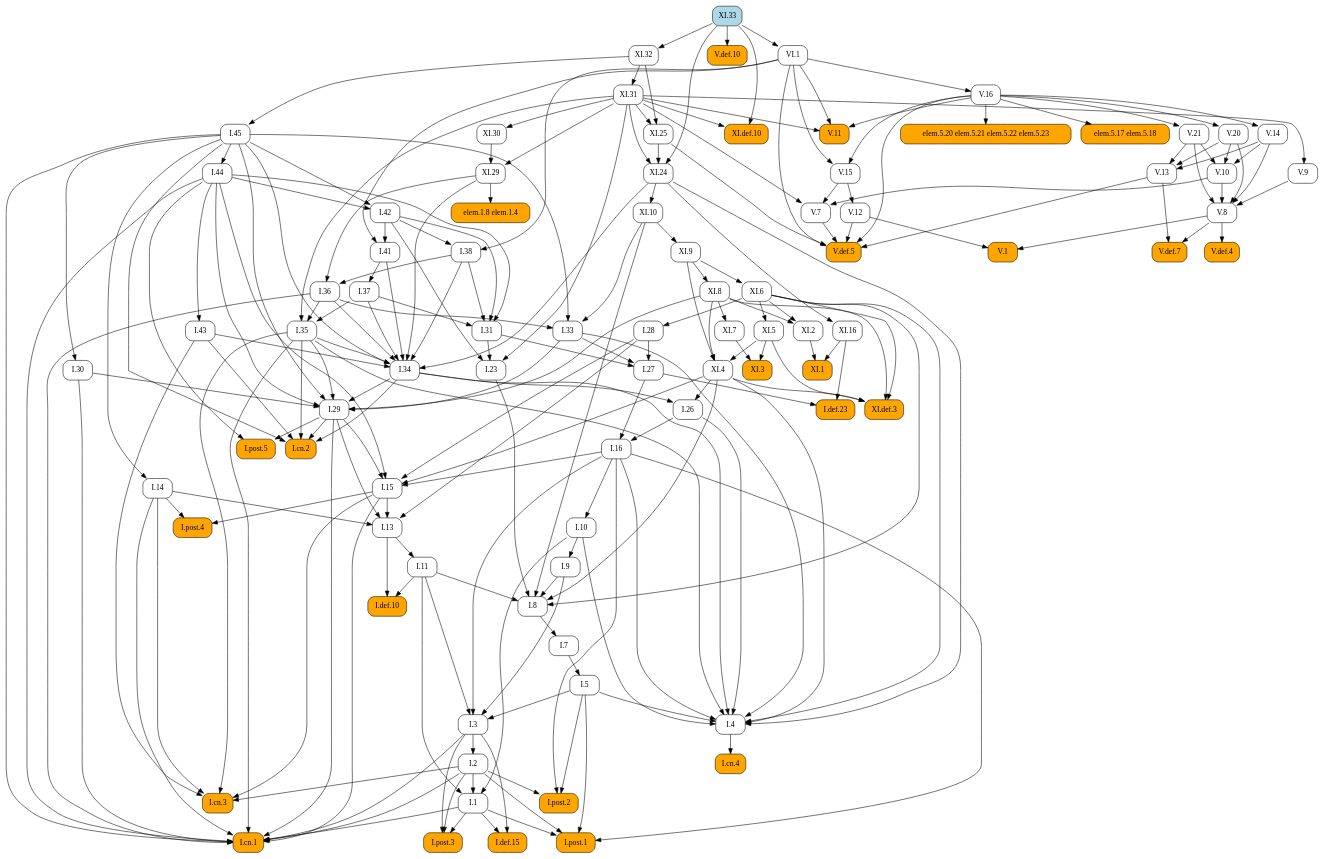
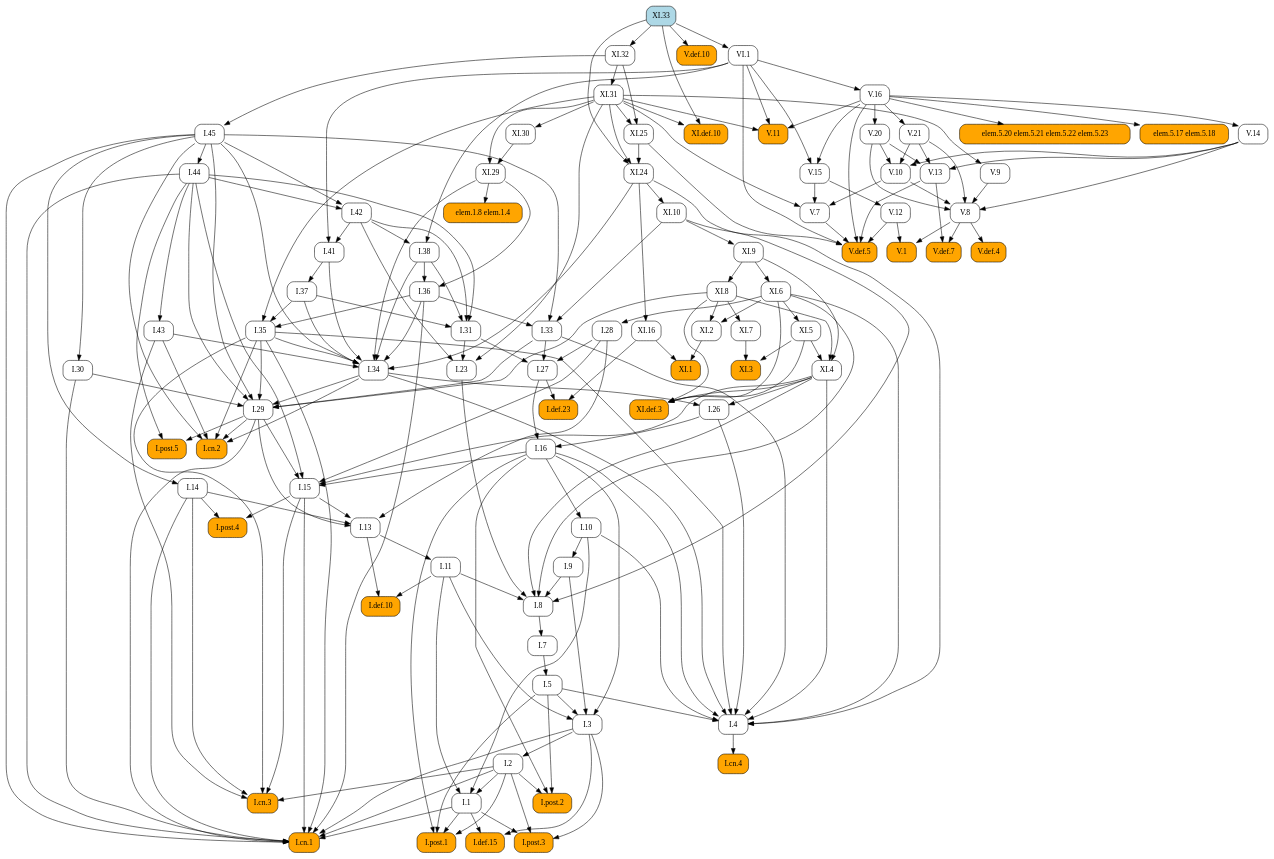
One commit to geometor/elements changed the diagram in docsrc/heath/XI/33/index.rst. Above: the diagram before and after it, drawn with Graphviz. The commit also changed other lines of this file and 1029 other files, not shown here.

```diff
--- a/docsrc/heath/XI/33/index.rst
+++ b/docsrc/heath/XI/33/index.rst
@@ -59,108 +59,142 @@
    digraph {
      rankdir="TB";
      node [shape=box, style=rounded];
+     "I.def.10" [style="rounded,filled", fillcolor=orange, URL="/heath/I/def.10/", target="_top"];
+     "I.11" [URL="/heath/I/11/", target="_top"];
+     "I.post.4" [style="rounded,filled", fillcolor=orange, URL="/heath/I/post.4/", target="_top"];
+     "I.28" [URL="/heath/I/28/", target="_top"];
+     "I.1" [URL="/heath/I/1/", target="_top"];
+     "XI.7" [URL="/heath/XI/7/", target="_top"];
+     "V.def.5" [style="rounded,filled", fillcolor=orange, URL="/heath/V/def.5/", target="_top"];
+     "XI.9" [URL="/heath/XI/9/", target="_top"];
+     "XI.8" [URL="/heath/XI/8/", target="_top"];
+     "V.11" [style="rounded,filled", fillcolor=orange, URL="/heath/V/11/", target="_top"];
+     "V.13" [URL="/heath/V/13/", target="_top"];
+     "I.post.3" [style="rounded,filled", fillcolor=orange, URL="/heath/I/post.3/", target="_top"];
+     "VI.1" [URL="/heath/VI/1/", target="_top"];
+     "XI.1" [style="rounded,filled", fillcolor=orange, URL="/heath/XI/1/", target="_top"];
+     "I.cn.3" [style="rounded,filled", fillcolor=orange, URL="/heath/I/cn.3/", target="_top"];
+     "XI.25" [URL="/heath/XI/25/", target="_top"];
+     "I.14" [URL="/heath/I/14/", target="_top"];
+     "V.16" [URL="/heath/V/16/", target="_top"];
+     "XI.2" [URL="/heath/XI/2/", target="_top"];
+     "XI.16" [URL="/heath/XI/16/", target="_top"];
+     "XI.31" [URL="/heath/XI/31/", target="_top"];
+     "I.36" [URL="/heath/I/36/", target="_top"];
+     "I.41" [URL="/heath/I/41/", target="_top"];
+     "I.27" [URL="/heath/I/27/", target="_top"];
+     "I.37" [URL="/heath/I/37/", target="_top"];
+     "I.34" [URL="/heath/I/34/", target="_top"];
+     "V.8" [URL="/heath/V/8/", target="_top"];
+     "I.2" [URL="/heath/I/2/", target="_top"];
+     "I.def.23" [style="rounded,filled", fillcolor=orange, URL="/heath/I/def.23/", target="_top"];
+     "elem.1.8 elem.1.4" [style="rounded,filled", fillcolor=orange];
+     "XI.32" [URL="/heath/XI/32/", target="_top"];
+     "I.33" [URL="/heath/I/33/", target="_top"];
+     "I.post.2" [style="rounded,filled", fillcolor=orange, URL="/heath/I/post.2/", target="_top"];
+     "I.45" [URL="/heath/I/45/", target="_top"];
+     "I.42" [URL="/heath/I/42/", target="_top"];
+     "elem.5.20 elem.5.21 elem.5.22 elem.5.23" [style="rounded,filled", fillcolor=orange];
+     "I.9" [URL="/heath/I/9/", target="_top"];
+     "V.def.4" [style="rounded,filled", fillcolor=orange, URL="/heath/V/def.4/", target="_top"];
+     "I.cn.4" [style="rounded,filled", fillcolor=orange, URL="/heath/I/cn.4/", target="_top"];
+     "XI.33" [style="rounded,filled", fillcolor=lightblue, URL="/heath/XI/33/", target="_top"];
+     "I.15" [URL="/heath/I/15/", target="_top"];
+     "I.38" [URL="/heath/I/38/", target="_top"];
+     "V.def.7" [style="rounded,filled", fillcolor=orange, URL="/heath/V/def.7/", target="_top"];
+     "I.5" [URL="/heath/I/5/", target="_top"];
+     "V.21" [URL="/heath/V/21/", target="_top"];
+     "XI.def.3" [style="rounded,filled", fillcolor=orange, URL="/heath/XI/def.3/", target="_top"];
+     "I.26" [URL="/heath/I/26/", target="_top"];
+     "V.def.10" [style="rounded,filled", fillcolor=orange, URL="/heath/V/def.10/", target="_top"];
+     "V.14" [URL="/heath/V/14/", target="_top"];
+     "I.29" [URL="/heath/I/29/", target="_top"];
+     "V.12" [URL="/heath/V/12/", target="_top"];
+     "I.cn.2" [style="rounded,filled", fillcolor=orange, URL="/heath/I/cn.2/", target="_top"];
+     "V.20" [URL="/heath/V/20/", target="_top"];
+     "V.10" [URL="/heath/V/10/", target="_top"];
+     "XI.30" [URL="/heath/XI/30/", target="_top"];
+     "I.def.15" [style="rounded,filled", fillcolor=orange, URL="/heath/I/def.15/", target="_top"];
+     "V.15" [URL="/heath/V/15/", target="_top"];
+     "XI.5" [URL="/heath/XI/5/", target="_top"];
+     "I.cn.1" [style="rounded,filled", fillcolor=orange, URL="/heath/I/cn.1/", target="_top"];
+     "I.30" [URL="/heath/I/30/", target="_top"];
+     "V.7" [URL="/heath/V/7/", target="_top"];
+     "XI.29" [URL="/heath/XI/29/", target="_top"];
+     "V.9" [URL="/heath/V/9/", target="_top"];
+     "I.23" [URL="/heath/I/23/", target="_top"];
+     "I.43" [URL="/heath/I/43/", target="_top"];
+     "I.post.1" [style="rounded,filled", fillcolor=orange, URL="/heath/I/post.1/", target="_top"];
+     "XI.6" [URL="/heath/XI/6/", target="_top"];
+     "I.35" [URL="/heath/I/35/", target="_top"];
+     "I.7" [URL="/heath/I/7/", target="_top"];
+     "I.3" [URL="/heath/I/3/", target="_top"];
+     "I.4" [URL="/heath/I/4/", target="_top"];
+     "I.13" [URL="/heath/I/13/", target="_top"];
+     "XI.def.10" [style="rounded,filled", fillcolor=orange, URL="/heath/XI/def.10/", target="_top"];
+     "I.31" [URL="/heath/I/31/", target="_top"];
      "V.1" [style="rounded,filled", fillcolor=orange, URL="/heath/V/1/", target="_top"];
-     "XI.32" [URL="/heath/XI/32/", target="_top"];
-     "I.29" [URL="/heath/I/29/", target="_top"];
-     "I.7" [URL="/heath/I/7/", target="_top"];
-     "I.27" [URL="/heath/I/27/", target="_top"];
-     "I.def.23" [style="rounded,filled", fillcolor=orange, URL="/heath/I/def.23/", target="_top"];
-     "V.20" [URL="/heath/V/20/", target="_top"];
-     "I.34" [URL="/heath/I/34/", target="_top"];
+     "I.16" [URL="/heath/I/16/", target="_top"];
+     "elem.5.17 elem.5.18" [style="rounded,filled", fillcolor=orange];
      "I.8" [URL="/heath/I/8/", target="_top"];
-     "I.9" [URL="/heath/I/9/", target="_top"];
      "XI.4" [URL="/heath/XI/4/", target="_top"];
-     "I.post.4" [style="rounded,filled", fillcolor=orange, URL="/heath/I/post.4/", target="_top"];
-     "I.2" [URL="/heath/I/2/", target="_top"];
-     "I.28" [URL="/heath/I/28/", target="_top"];
-     "XI.1" [style="rounded,filled", fillcolor=orange, URL="/heath/XI/1/", target="_top"];
-     "I.cn.4" [style="rounded,filled", fillcolor=orange, URL="/heath/I/cn.4/", target="_top"];
-     "XI.31" [URL="/heath/XI/31/", target="_top"];
-     "XI.25" [URL="/heath/XI/25/", target="_top"];
-     "XI.33" [style="rounded,filled", fillcolor=lightblue, URL="/heath/XI/33/", target="_top"];
-     "elem.5.20 elem.5.21 elem.5.22 elem.5.23" [style="rounded,filled", fillcolor=orange];
-     "I.23" [URL="/heath/I/23/", target="_top"];
-     "I.13" [URL="/heath/I/13/", target="_top"];
-     "I.5" [URL="/heath/I/5/", target="_top"];
-     "I.11" [URL="/heath/I/11/", target="_top"];
-     "XI.def.10" [style="rounded,filled", fillcolor=orange, URL="/heath/XI/def.10/", target="_top"];
-     "XI.5" [URL="/heath/XI/5/", target="_top"];
-     "I.4" [URL="/heath/I/4/", target="_top"];
-     "I.43" [URL="/heath/I/43/", target="_top"];
-     "I.def.10" [style="rounded,filled", fillcolor=orange, URL="/heath/I/def.10/", target="_top"];
-     "I.post.3" [style="rounded,filled", fillcolor=orange, URL="/heath/I/post.3/", target="_top"];
-     "V.9" [URL="/heath/V/9/", target="_top"];
-     "XI.30" [URL="/heath/XI/30/", target="_top"];
-     "XI.6" [URL="/heath/XI/6/", target="_top"];
-     "elem.5.17 elem.5.18" [style="rounded,filled", fillcolor=orange];
-     "XI.7" [URL="/heath/XI/7/", target="_top"];
-     "I.36" [URL="/heath/I/36/", target="_top"];
-     "V.12" [URL="/heath/V/12/", target="_top"];
-     "I.15" [URL="/heath/I/15/", target="_top"];
-     "XI.2" [URL="/heath/XI/2/", target="_top"];
-     "V.14" [URL="/heath/V/14/", target="_top"];
-     "XI.8" [URL="/heath/XI/8/", target="_top"];
-     "I.41" [URL="/heath/I/41/", target="_top"];
-     "V.def.5" [style="rounded,filled", fillcolor=orange, URL="/heath/V/def.5/", target="_top"];
-     "I.cn.3" [style="rounded,filled", fillcolor=orange, URL="/heath/I/cn.3/", target="_top"];
-     "I.30" [URL="/heath/I/30/", target="_top"];
-     "I.45" [URL="/heath/I/45/", target="_top"];
-     "I.38" [URL="/heath/I/38/", target="_top"];
-     "V.16" [URL="/heath/V/16/", target="_top"];
-     "V.15" [URL="/heath/V/15/", target="_top"];
-     "V.def.4" [style="rounded,filled", fillcolor=orange, URL="/heath/V/def.4/", target="_top"];
-     "V.21" [URL="/heath/V/21/", target="_top"];
-     "V.8" [URL="/heath/V/8/", target="_top"];
-     "I.42" [URL="/heath/I/42/", target="_top"];
-     "V.7" [URL="/heath/V/7/", target="_top"];
-     "I.def.15" [style="rounded,filled", fillcolor=orange, URL="/heath/I/def.15/", target="_top"];
-     "I.1" [URL="/heath/I/1/", target="_top"];
+     "XI.24" [URL="/heath/XI/24/", target="_top"];
+     "I.post.5" [style="rounded,filled", fillcolor=orange, URL="/heath/I/post.5/", target="_top"];
      "I.44" [URL="/heath/I/44/", target="_top"];
-     "V.13" [URL="/heath/V/13/", target="_top"];
-     "I.post.1" [style="rounded,filled", fillcolor=orange, URL="/heath/I/post.1/", target="_top"];
+     "I.10" [URL="/heath/I/10/", target="_top"];
      "XI.10" [URL="/heath/XI/10/", target="_top"];
-     "I.26" [URL="/heath/I/26/", target="_top"];
-     "I.33" [URL="/heath/I/33/", target="_top"];
-     "XI.9" [URL="/heath/XI/9/", target="_top"];
-     "V.def.7" [style="rounded,filled", fillcolor=orange, URL="/heath/V/def.7/", target="_top"];
-     "I.cn.2" [style="rounded,filled", fillcolor=orange, URL="/heath/I/cn.2/", target="_top"];
-     "V.10" [URL="/heath/V/10/", target="_top"];
-     "I.10" [URL="/heath/I/10/", target="_top"];
-     "V.def.10" [style="rounded,filled", fillcolor=orange, URL="/heath/V/def.10/", target="_top"];
-     "I.3" [URL="/heath/I/3/", target="_top"];
-     "I.16" [URL="/heath/I/16/", target="_top"];
-     "I.31" [URL="/heath/I/31/", target="_top"];
-     "V.11" [style="rounded,filled", fillcolor=orange, URL="/heath/V/11/", target="_top"];
-     "XI.def.3" [style="rounded,filled", fillcolor=orange, URL="/heath/XI/def.3/", target="_top"];
-     "XI.29" [URL="/heath/XI/29/", target="_top"];
-     "I.post.2" [style="rounded,filled", fillcolor=orange, URL="/heath/I/post.2/", target="_top"];
-     "I.post.5" [style="rounded,filled", fillcolor=orange, URL="/heath/I/post.5/", target="_top"];
      "XI.3" [style="rounded,filled", fillcolor=orange, URL="/heath/XI/3/", target="_top"];
-     "VI.1" [URL="/heath/VI/1/", target="_top"];
-     "I.14" [URL="/heath/I/14/", target="_top"];
-     "I.35" [URL="/heath/I/35/", target="_top"];
-     "XI.24" [URL="/heath/XI/24/", target="_top"];
-     "I.cn.1" [style="rounded,filled", fillcolor=orange, URL="/heath/I/cn.1/", target="_top"];
-     "elem.1.8 elem.1.4" [style="rounded,filled", fillcolor=orange];
-     "I.37" [URL="/heath/I/37/", target="_top"];
-     "XI.16" [URL="/heath/XI/16/", target="_top"];
-     "V.8" -> "V.1";
-     "V.12" -> "V.1";
-     "XI.33" -> "XI.32";
-     "I.30" -> "I.29";
-     "I.33" -> "I.29";
-     "I.34" -> "I.29";
-     "I.35" -> "I.29";
-     "I.44" -> "I.29";
-     "I.45" -> "I.29";
-     "XI.8" -> "I.29";
-     "I.8" -> "I.7";
+     "I.11" -> "I.def.10";
+     "I.13" -> "I.def.10";
+     "I.13" -> "I.11";
+     "I.14" -> "I.post.4";
+     "I.15" -> "I.post.4";
+     "XI.6" -> "I.28";
+     "I.2" -> "I.1";
+     "I.10" -> "I.1";
+     "I.11" -> "I.1";
+     "XI.8" -> "XI.7";
+     "V.7" -> "V.def.5";
+     "V.12" -> "V.def.5";
+     "V.13" -> "V.def.5";
+     "V.16" -> "V.def.5";
+     "VI.1" -> "V.def.5";
+     "XI.25" -> "V.def.5";
+     "XI.10" -> "XI.9";
+     "XI.9" -> "XI.8";
+     "V.16" -> "V.11";
+     "VI.1" -> "V.11";
+     "XI.31" -> "V.11";
+     "V.14" -> "V.13";
+     "V.20" -> "V.13";
+     "V.21" -> "V.13";
+     "I.1" -> "I.post.3";
+     "I.2" -> "I.post.3";
+     "I.3" -> "I.post.3";
+     "XI.33" -> "VI.1";
+     "XI.2" -> "XI.1";
+     "XI.16" -> "XI.1";
+     "I.2" -> "I.cn.3";
+     "I.14" -> "I.cn.3";
+     "I.15" -> "I.cn.3";
+     "I.35" -> "I.cn.3";
+     "I.43" -> "I.cn.3";
+     "XI.31" -> "XI.25";
+     "XI.32" -> "XI.25";
+     "I.45" -> "I.14";
+     "VI.1" -> "V.16";
+     "XI.6" -> "XI.2";
+     "XI.8" -> "XI.2";
+     "XI.24" -> "XI.16";
+     "XI.32" -> "XI.31";
+     "I.38" -> "I.36";
+     "XI.29" -> "I.36";
+     "I.42" -> "I.41";
+     "VI.1" -> "I.41";
      "I.28" -> "I.27";
      "I.31" -> "I.27";
      "I.33" -> "I.27";
-     "I.27" -> "I.def.23";
-     "XI.16" -> "I.def.23";
-     "V.16" -> "V.20";
+     "I.41" -> "I.37";
      "I.35" -> "I.34";
      "I.36" -> "I.34";
      "I.37" -> "I.34";
@@ -170,170 +204,71 @@
      "I.45" -> "I.34";
      "XI.24" -> "I.34";
      "XI.29" -> "I.34";
-     "I.9" -> "I.8";
-     "I.11" -> "I.8";
-     "I.23" -> "I.8";
-     "XI.4" -> "I.8";
-     "XI.6" -> "I.8";
-     "XI.10" -> "I.8";
+     "V.9" -> "V.8";
+     "V.10" -> "V.8";
+     "V.14" -> "V.8";
+     "V.20" -> "V.8";
+     "V.21" -> "V.8";
+     "I.3" -> "I.2";
+     "I.27" -> "I.def.23";
+     "XI.16" -> "I.def.23";
+     "XI.29" -> "elem.1.8 elem.1.4";
+     "XI.33" -> "XI.32";
+     "I.36" -> "I.33";
+     "I.45" -> "I.33";
+     "XI.10" -> "I.33";
+     "I.2" -> "I.post.2";
+     "I.5" -> "I.post.2";
+     "I.16" -> "I.post.2";
+     "XI.32" -> "I.45";
+     "I.44" -> "I.42";
+     "I.45" -> "I.42";
+     "V.16" -> "elem.5.20 elem.5.21 elem.5.22 elem.5.23";
      "I.10" -> "I.9";
-     "XI.5" -> "XI.4";
-     "XI.8" -> "XI.4";
-     "XI.9" -> "XI.4";
-     "I.14" -> "I.post.4";
-     "I.15" -> "I.post.4";
-     "I.3" -> "I.2";
-     "XI.6" -> "I.28";
-     "XI.2" -> "XI.1";
-     "XI.16" -> "XI.1";
+     "V.8" -> "V.def.4";
      "I.4" -> "I.cn.4";
-     "XI.32" -> "XI.31";
-     "XI.31" -> "XI.25";
-     "XI.32" -> "XI.25";
-     "V.16" -> "elem.5.20 elem.5.21 elem.5.22 elem.5.23";
-     "I.31" -> "I.23";
-     "I.42" -> "I.23";
-     "XI.31" -> "I.23";
-     "I.14" -> "I.13";
-     "I.15" -> "I.13";
-     "I.28" -> "I.13";
-     "I.29" -> "I.13";
-     "I.7" -> "I.5";
-     "I.13" -> "I.11";
-     "XI.31" -> "XI.def.10";
-     "XI.33" -> "XI.def.10";
-     "XI.6" -> "XI.5";
-     "I.5" -> "I.4";
-     "I.10" -> "I.4";
-     "I.16" -> "I.4";
-     "I.26" -> "I.4";
-     "I.33" -> "I.4";
-     "I.34" -> "I.4";
-     "I.35" -> "I.4";
-     "XI.4" -> "I.4";
-     "XI.6" -> "I.4";
-     "XI.24" -> "I.4";
-     "I.44" -> "I.43";
-     "I.11" -> "I.def.10";
-     "I.13" -> "I.def.10";
-     "I.1" -> "I.post.3";
-     "I.2" -> "I.post.3";
-     "I.3" -> "I.post.3";
-     "XI.31" -> "V.9";
-     "XI.31" -> "XI.30";
-     "XI.9" -> "XI.6";
-     "V.16" -> "elem.5.17 elem.5.18";
-     "XI.8" -> "XI.7";
-     "I.38" -> "I.36";
-     "XI.29" -> "I.36";
-     "V.15" -> "V.12";
      "I.16" -> "I.15";
      "I.28" -> "I.15";
      "I.29" -> "I.15";
      "I.44" -> "I.15";
      "XI.4" -> "I.15";
-     "XI.6" -> "XI.2";
-     "XI.8" -> "XI.2";
-     "V.16" -> "V.14";
-     "XI.9" -> "XI.8";
-     "I.42" -> "I.41";
-     "VI.1" -> "I.41";
-     "V.7" -> "V.def.5";
-     "V.12" -> "V.def.5";
-     "V.13" -> "V.def.5";
-     "V.16" -> "V.def.5";
-     "VI.1" -> "V.def.5";
-     "XI.25" -> "V.def.5";
-     "I.2" -> "I.cn.3";
-     "I.14" -> "I.cn.3";
-     "I.15" -> "I.cn.3";
-     "I.35" -> "I.cn.3";
-     "I.43" -> "I.cn.3";
-     "I.45" -> "I.30";
-     "XI.32" -> "I.45";
      "I.42" -> "I.38";
      "VI.1" -> "I.38";
-     "VI.1" -> "V.16";
-     "V.16" -> "V.15";
-     "VI.1" -> "V.15";
-     "V.8" -> "V.def.4";
+     "V.8" -> "V.def.7";
+     "V.13" -> "V.def.7";
+     "I.7" -> "I.5";
      "V.16" -> "V.21";
-     "V.9" -> "V.8";
-     "V.10" -> "V.8";
-     "V.14" -> "V.8";
-     "V.20" -> "V.8";
-     "V.21" -> "V.8";
-     "I.44" -> "I.42";
-     "I.45" -> "I.42";
-     "V.10" -> "V.7";
-     "V.15" -> "V.7";
-     "XI.31" -> "V.7";
-     "I.1" -> "I.def.15";
-     "I.3" -> "I.def.15";
-     "I.2" -> "I.1";
-     "I.10" -> "I.1";
-     "I.11" -> "I.1";
-     "I.45" -> "I.44";
-     "V.14" -> "V.13";
-     "V.20" -> "V.13";
-     "V.21" -> "V.13";
-     "I.1" -> "I.post.1";
-     "I.2" -> "I.post.1";
-     "I.5" -> "I.post.1";
-     "I.16" -> "I.post.1";
-     "XI.24" -> "XI.10";
+     "XI.4" -> "XI.def.3";
+     "XI.5" -> "XI.def.3";
+     "XI.6" -> "XI.def.3";
+     "XI.8" -> "XI.def.3";
      "I.34" -> "I.26";
      "XI.4" -> "I.26";
-     "I.36" -> "I.33";
-     "I.45" -> "I.33";
-     "XI.10" -> "I.33";
-     "XI.10" -> "XI.9";
-     "V.8" -> "V.def.7";
-     "V.13" -> "V.def.7";
+     "XI.33" -> "V.def.10";
+     "V.16" -> "V.14";
+     "I.30" -> "I.29";
+     "I.33" -> "I.29";
+     "I.34" -> "I.29";
+     "I.35" -> "I.29";
+     "I.44" -> "I.29";
+     "I.45" -> "I.29";
+     "XI.8" -> "I.29";
+     "V.15" -> "V.12";
      "I.29" -> "I.cn.2";
      "I.34" -> "I.cn.2";
      "I.35" -> "I.cn.2";
      "I.43" -> "I.cn.2";
      "I.45" -> "I.cn.2";
+     "V.16" -> "V.20";
      "V.14" -> "V.10";
      "V.20" -> "V.10";
      "V.21" -> "V.10";
-     "I.16" -> "I.10";
-     "XI.33" -> "V.def.10";
-     "I.5" -> "I.3";
-     "I.9" -> "I.3";
-     "I.11" -> "I.3";
-     "I.16" -> "I.3";
-     "I.26" -> "I.16";
-     "I.27" -> "I.16";
-     "I.37" -> "I.31";
-     "I.38" -> "I.31";
-     "I.42" -> "I.31";
-     "I.44" -> "I.31";
-     "V.16" -> "V.11";
-     "VI.1" -> "V.11";
-     "XI.31" -> "V.11";
-     "XI.4" -> "XI.def.3";
-     "XI.5" -> "XI.def.3";
-     "XI.6" -> "XI.def.3";
-     "XI.8" -> "XI.def.3";
-     "XI.30" -> "XI.29";
-     "XI.31" -> "XI.29";
-     "I.2" -> "I.post.2";
-     "I.5" -> "I.post.2";
-     "I.16" -> "I.post.2";
-     "I.29" -> "I.post.5";
-     "I.44" -> "I.post.5";
-     "XI.5" -> "XI.3";
-     "XI.7" -> "XI.3";
-     "XI.33" -> "VI.1";
-     "I.45" -> "I.14";
-     "I.36" -> "I.35";
-     "I.37" -> "I.35";
-     "XI.31" -> "I.35";
-     "XI.25" -> "XI.24";
-     "XI.31" -> "XI.24";
-     "XI.33" -> "XI.24";
+     "XI.31" -> "XI.30";
+     "I.1" -> "I.def.15";
+     "I.3" -> "I.def.15";
+     "V.16" -> "V.15";
+     "VI.1" -> "V.15";
+     "XI.6" -> "XI.5";
      "I.1" -> "I.cn.1";
      "I.2" -> "I.cn.1";
      "I.3" -> "I.cn.1";
@@ -345,7 +280,72 @@
      "I.36" -> "I.cn.1";
      "I.44" -> "I.cn.1";
      "I.45" -> "I.cn.1";
-     "XI.29" -> "elem.1.8 elem.1.4";
-     "I.41" -> "I.37";
-     "XI.24" -> "XI.16";
+     "I.45" -> "I.30";
+     "V.10" -> "V.7";
+     "V.15" -> "V.7";
+     "XI.31" -> "V.7";
+     "XI.30" -> "XI.29";
+     "XI.31" -> "XI.29";
+     "XI.31" -> "V.9";
+     "I.31" -> "I.23";
+     "I.42" -> "I.23";
+     "XI.31" -> "I.23";
+     "I.44" -> "I.43";
+     "I.1" -> "I.post.1";
+     "I.2" -> "I.post.1";
+     "I.5" -> "I.post.1";
+     "I.16" -> "I.post.1";
+     "XI.9" -> "XI.6";
+     "I.36" -> "I.35";
+     "I.37" -> "I.35";
+     "XI.31" -> "I.35";
+     "I.8" -> "I.7";
+     "I.5" -> "I.3";
+     "I.9" -> "I.3";
+     "I.11" -> "I.3";
+     "I.16" -> "I.3";
+     "I.5" -> "I.4";
+     "I.10" -> "I.4";
+     "I.16" -> "I.4";
+     "I.26" -> "I.4";
+     "I.33" -> "I.4";
+     "I.34" -> "I.4";
+     "I.35" -> "I.4";
+     "XI.4" -> "I.4";
+     "XI.6" -> "I.4";
+     "XI.24" -> "I.4";
+     "I.14" -> "I.13";
+     "I.15" -> "I.13";
+     "I.28" -> "I.13";
+     "I.29" -> "I.13";
+     "XI.31" -> "XI.def.10";
+     "XI.33" -> "XI.def.10";
+     "I.37" -> "I.31";
+     "I.38" -> "I.31";
+     "I.42" -> "I.31";
+     "I.44" -> "I.31";
+     "V.8" -> "V.1";
+     "V.12" -> "V.1";
+     "I.26" -> "I.16";
+     "I.27" -> "I.16";
+     "V.16" -> "elem.5.17 elem.5.18";
+     "I.9" -> "I.8";
+     "I.11" -> "I.8";
+     "I.23" -> "I.8";
+     "XI.4" -> "I.8";
+     "XI.6" -> "I.8";
+     "XI.10" -> "I.8";
+     "XI.5" -> "XI.4";
+     "XI.8" -> "XI.4";
+     "XI.9" -> "XI.4";
+     "XI.25" -> "XI.24";
+     "XI.31" -> "XI.24";
+     "XI.33" -> "XI.24";
+     "I.29" -> "I.post.5";
+     "I.44" -> "I.post.5";
+     "I.45" -> "I.44";
+     "I.16" -> "I.10";
+     "XI.24" -> "XI.10";
+     "XI.5" -> "XI.3";
+     "XI.7" -> "XI.3";
    }
```
